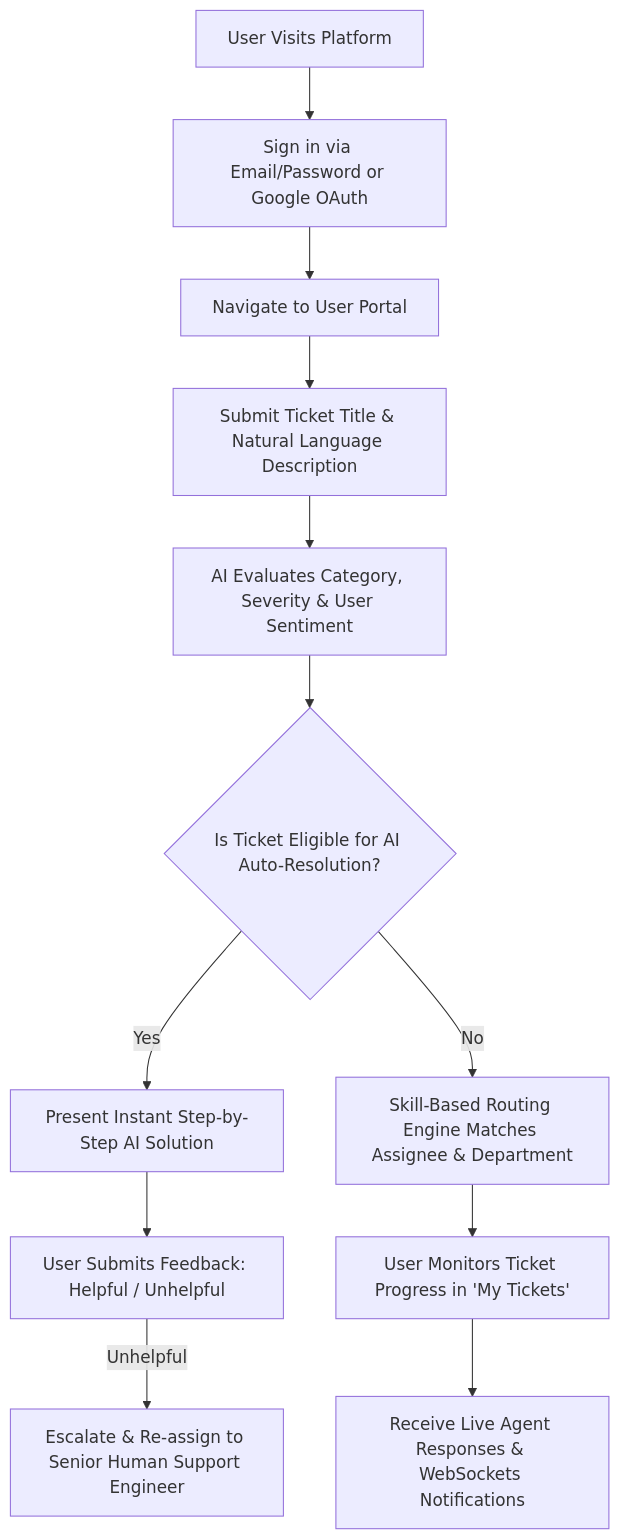
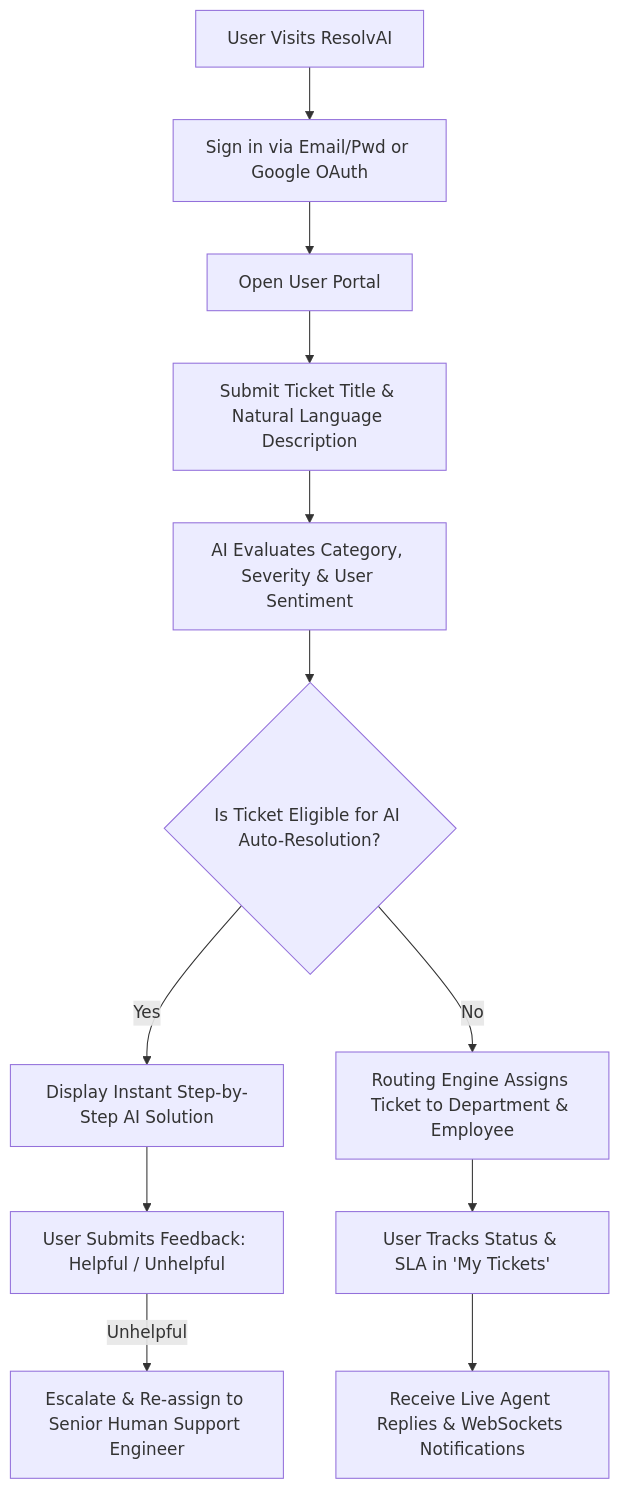
One commit to adit-syntax/ResolvAI changed the first of 3 diagrams in README.md. Above: the diagram before and after it, drawn with Mermaid. The commit also changed other lines of this file and 1 other file, not shown here.

Commit message:
docs: Add separate Mermaid flowcharts & step-by-step guides for End-User, Support Employee & System Admin personas

````diff
--- a/README.md
+++ b/README.md
@@ -50,14 +50,14 @@
 ```mermaid
 graph TD
-    A[User Visits Platform] --> B[Sign in via Email/Password or Google OAuth]
-    B --> C[Navigate to User Portal]
+    A[User Visits ResolvAI] --> B[Sign in via Email/Pwd or Google OAuth]
+    B --> C[Open User Portal]
     C --> D[Submit Ticket Title & Natural Language Description]
     D --> E[AI Evaluates Category, Severity & User Sentiment]
     E --> F{Is Ticket Eligible for AI Auto-Resolution?}
-    F -- Yes --> G[Present Instant Step-by-Step AI Solution]
+    F -- Yes --> G[Display Instant Step-by-Step AI Solution]
     G --> H[User Submits Feedback: Helpful / Unhelpful]
     H -- Unhelpful --> I[Escalate & Re-assign to Senior Human Support Engineer]
-    F -- No --> J[Skill-Based Routing Engine Matches Assignee & Department]
-    J --> K[User Monitors Ticket Progress in 'My Tickets']
-    K --> L[Receive Live Agent Responses & WebSockets Notifications]
+    F -- No --> J[Routing Engine Assigns Ticket to Department & Employee]
+    J --> K[User Tracks Status & SLA in 'My Tickets']
+    K --> L[Receive Live Agent Replies & WebSockets Notifications]
 ```
````
